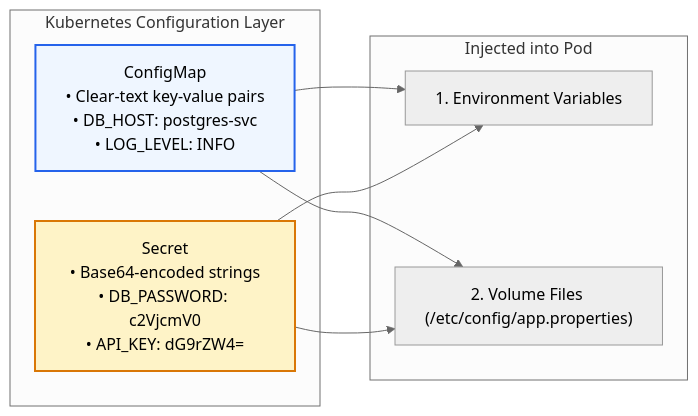
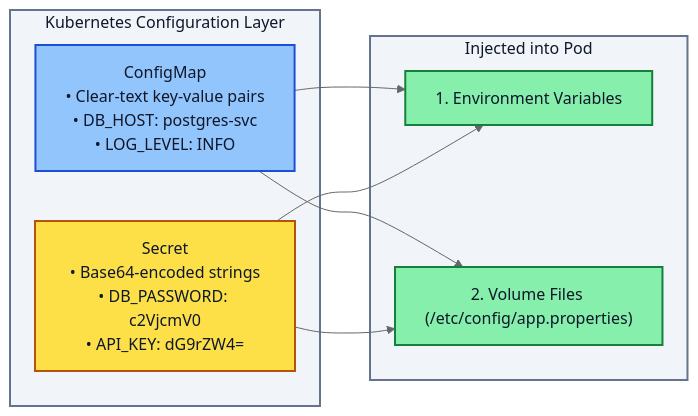
The second of 3 diagrams in 02-Kubernetes/04-Storage-Config-and-Security.md (PandeyKishan/Study-Notes), drawn with Mermaid (neutral theme) before and after one commit. The commit also changed other lines of this file and 22 other files, not shown here.

Commit message:
docs: enhance diagram visibility with high-contrast palette and add concise book definitions

````diff
--- a/02-Kubernetes/04-Storage-Config-and-Security.md
+++ b/02-Kubernetes/04-Storage-Config-and-Security.md
@@ -115,20 +130,24 @@
 ```mermaid
 flowchart LR
     subgraph K8s_Config["Kubernetes Configuration Layer"]
         CM["ConfigMap\n• Clear-text key-value pairs\n• DB_HOST: postgres-svc\n• LOG_LEVEL: INFO"]
         Sec["Secret\n• Base64-encoded strings\n• DB_PASSWORD: c2VjcmV0\n• API_KEY: dG9rZW4="]
     end
 
     subgraph Pod_Consumption["Injected into Pod"]
         Env["1. Environment Variables"]
         File["2. Volume Files (/etc/config/app.properties)"]
     end
 
     CM --> Env
     CM --> File
     Sec --> Env
     Sec --> File
 
-    style CM fill:#eff6ff,stroke:#2563eb,stroke-width:2px
-    style Sec fill:#fef3c7,stroke:#d97706,stroke-width:2px
+    style K8s_Config fill:#f1f5f9,stroke:#64748b,stroke-width:2px,color:#0f172a
+    style Pod_Consumption fill:#f1f5f9,stroke:#64748b,stroke-width:2px,color:#0f172a
+    style CM fill:#93c5fd,stroke:#1d4ed8,stroke-width:2px,color:#0f172a
+    style Sec fill:#fde047,stroke:#b45309,stroke-width:2px,color:#0f172a
+    style Env fill:#86efac,stroke:#15803d,stroke-width:2px,color:#0f172a
+    style File fill:#86efac,stroke:#15803d,stroke-width:2px,color:#0f172a
 ```
````
